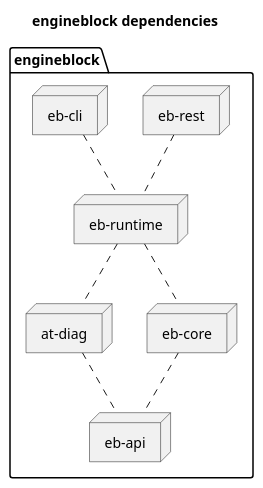
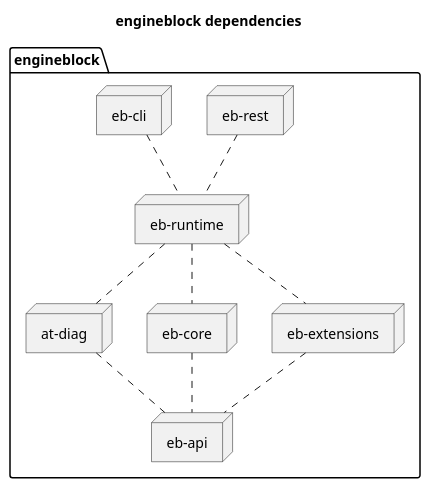
Before and after one commit to engineblock/engineblock: the diagram in docs/diagrams/project_structure.puml, drawn with PlantUML. The commit also changed 9 other files, not shown here.

```diff
--- a/docs/diagrams/project_structure.puml
+++ b/docs/diagrams/project_structure.puml
@@ -1,21 +1,24 @@
 @startuml
 title engineblock dependencies
 'node engineblock
 'node defaults as "project-defaults"
 
 folder engineblock {
 node diag as "at-diag"
 node api as "eb-api"
 node core as "eb-core"
 node rest as "eb-rest"
 node runtime as "eb-runtime"
 node cli as "eb-cli"
+node extensions as "eb-extensions"
 cli .. runtime
 rest .. runtime
 runtime .. core
 runtime .. diag
+runtime .. extensions
+extensions .. api
 core .. api
 diag .. api
 }
 
 @enduml
```
